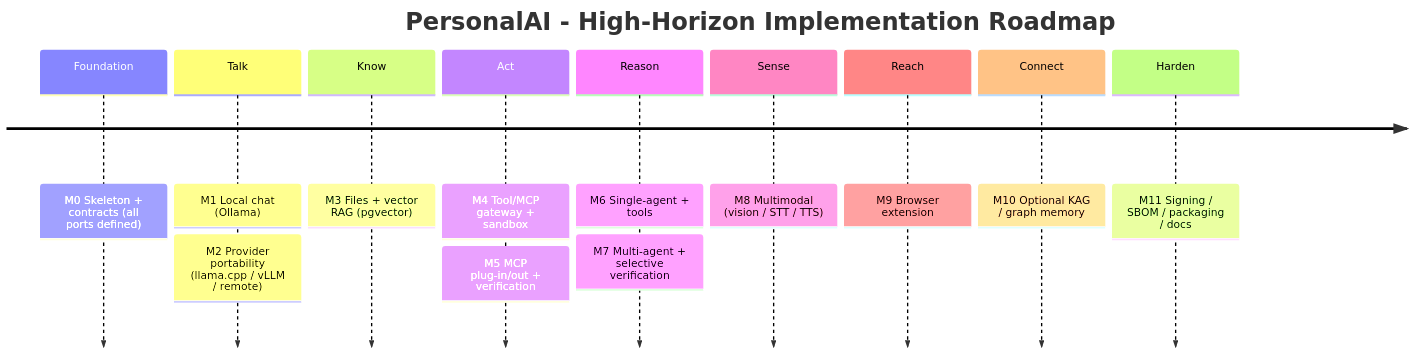
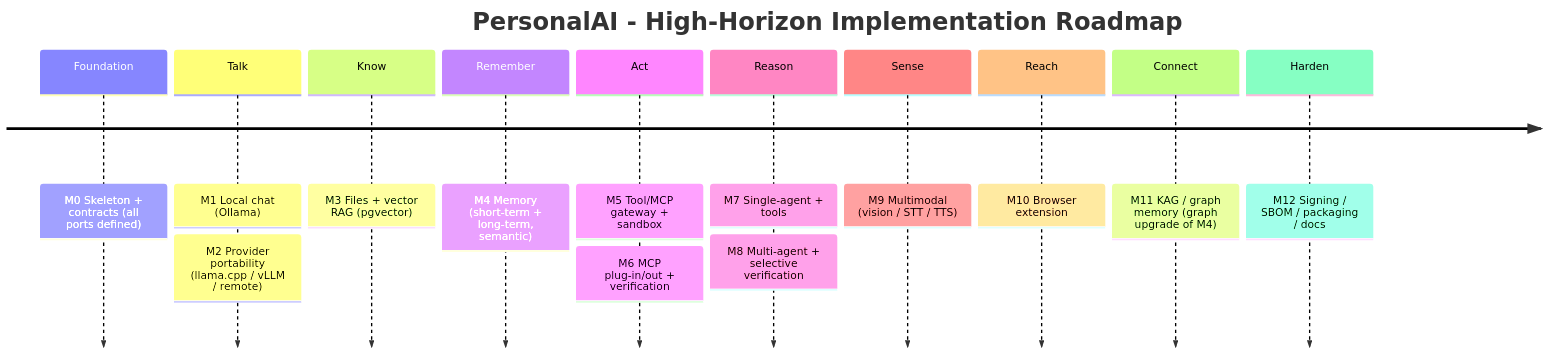
The second of 2 diagrams in docs/architecture/PersonalAI-Architecture-Research.md (lucianhanga/personal-ai), drawn with Mermaid before and after one commit. The commit also changed other lines of this file, not shown here.

First line of the commit message:
docs(roadmap): insert M4 Memory; reframe KAG as M11 graph upgrade (#65)

````diff
--- a/docs/architecture/PersonalAI-Architecture-Research.md
+++ b/docs/architecture/PersonalAI-Architecture-Research.md
@@ -560,13 +568,14 @@
 ```mermaid
 timeline
     title PersonalAI - High-Horizon Implementation Roadmap
     Foundation : M0 Skeleton + contracts (all ports defined)
     Talk       : M1 Local chat (Ollama) : M2 Provider portability (llama.cpp / vLLM / remote)
     Know       : M3 Files + vector RAG (pgvector)
-    Act        : M4 Tool/MCP gateway + sandbox : M5 MCP plug-in/out + verification
-    Reason     : M6 Single-agent + tools : M7 Multi-agent + selective verification
-    Sense      : M8 Multimodal (vision / STT / TTS)
-    Reach      : M9 Browser extension
-    Connect    : M10 Optional KAG / graph memory
-    Harden     : M11 Signing / SBOM / packaging / docs
+    Remember   : M4 Memory (short-term + long-term, semantic)
+    Act        : M5 Tool/MCP gateway + sandbox : M6 MCP plug-in/out + verification
+    Reason     : M7 Single-agent + tools : M8 Multi-agent + selective verification
+    Sense      : M9 Multimodal (vision / STT / TTS)
+    Reach      : M10 Browser extension
+    Connect    : M11 KAG / graph memory (graph upgrade of M4)
+    Harden     : M12 Signing / SBOM / packaging / docs
 ```
````
